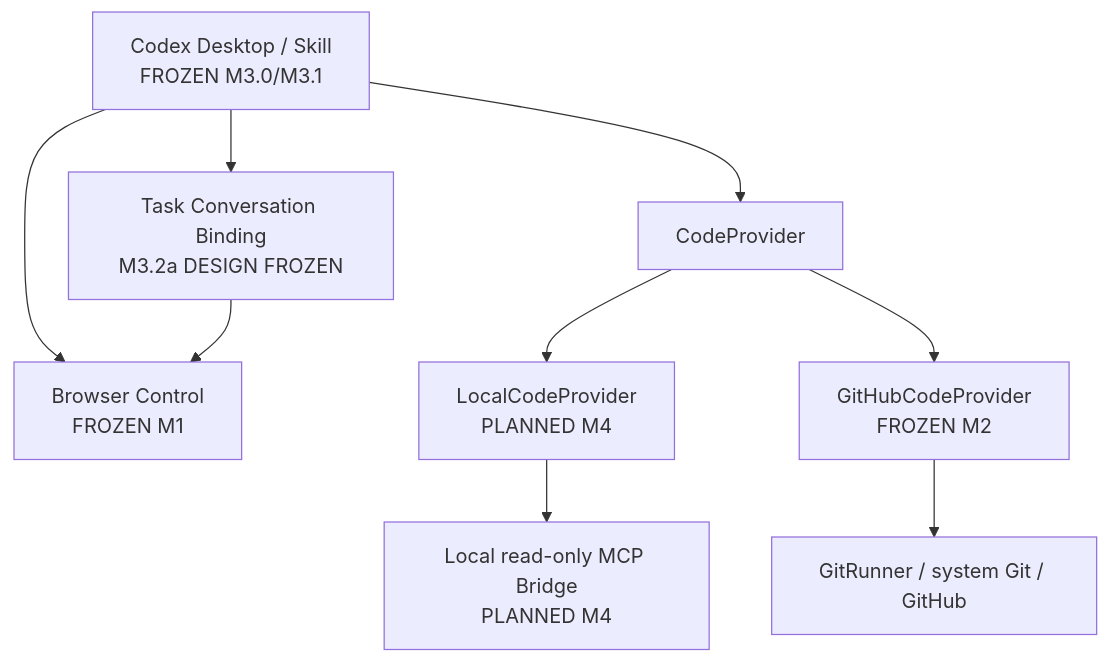
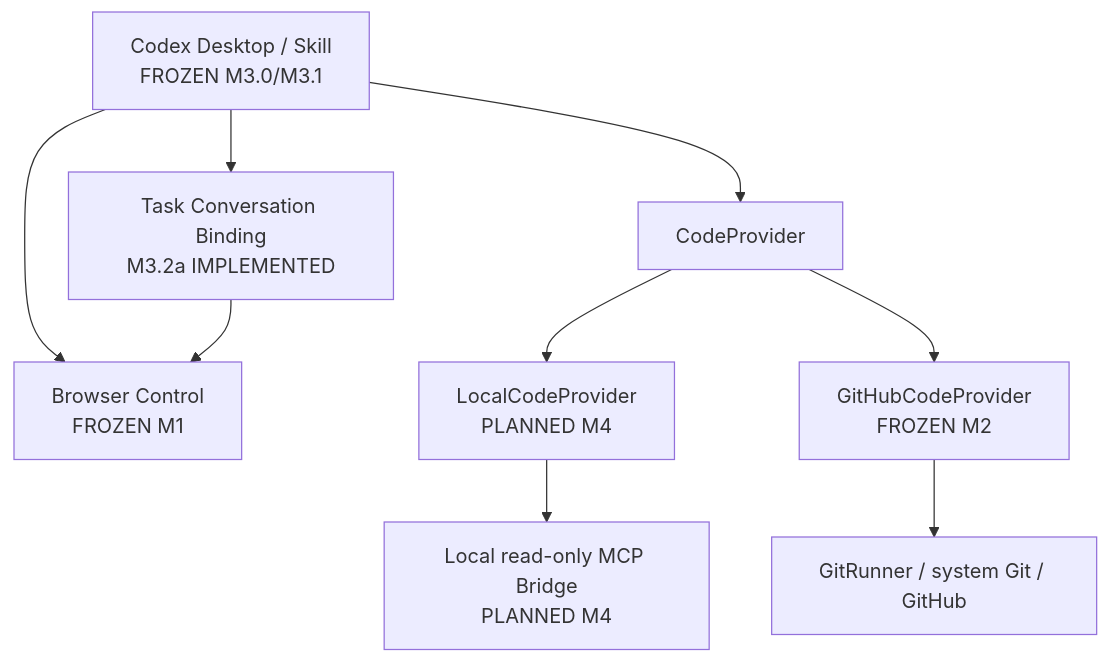
Before and after one commit to Jickfu/codex-duet: the third of 3 diagrams in docs/architecture.md, drawn with Mermaid. The commit also changed other lines of this file and 26 other files, not shown here.

Commit message:
feat: add task-scoped conversation binding

````diff
--- a/docs/architecture.md
+++ b/docs/architecture.md
@@ -53,12 +53,12 @@
 ```mermaid
 flowchart TB
     O[Codex Desktop / Skill<br/>FROZEN M3.0/M3.1]
     O --> B[Browser Control<br/>FROZEN M1]
-    O --> T[Task Conversation Binding<br/>M3.2a DESIGN FROZEN]
+    O --> T[Task Conversation Binding<br/>M3.2a IMPLEMENTED]
     T --> B
     O --> C[CodeProvider]
     C --> L[LocalCodeProvider<br/>PLANNED M4]
     C --> G[GitHubCodeProvider<br/>FROZEN M2]
     L --> M[Local read-only MCP Bridge<br/>PLANNED M4]
     G --> Git[GitRunner / system Git / GitHub]
 ```
````
